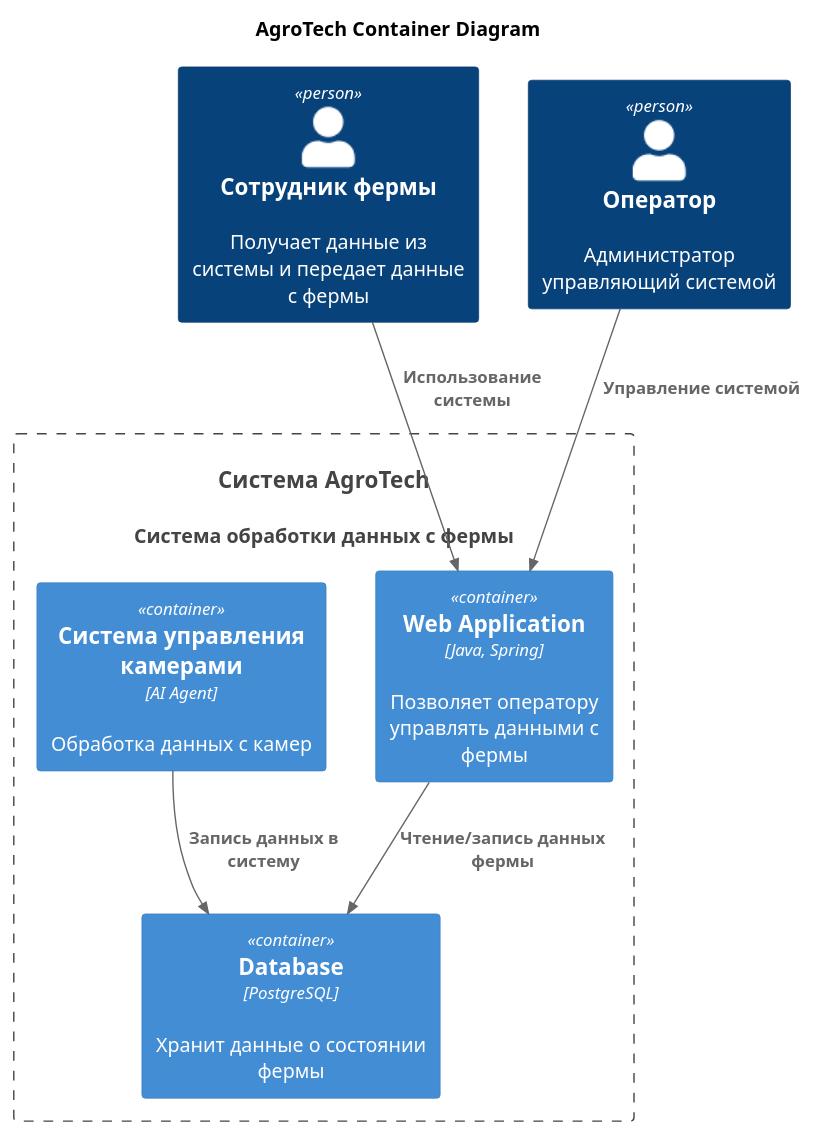
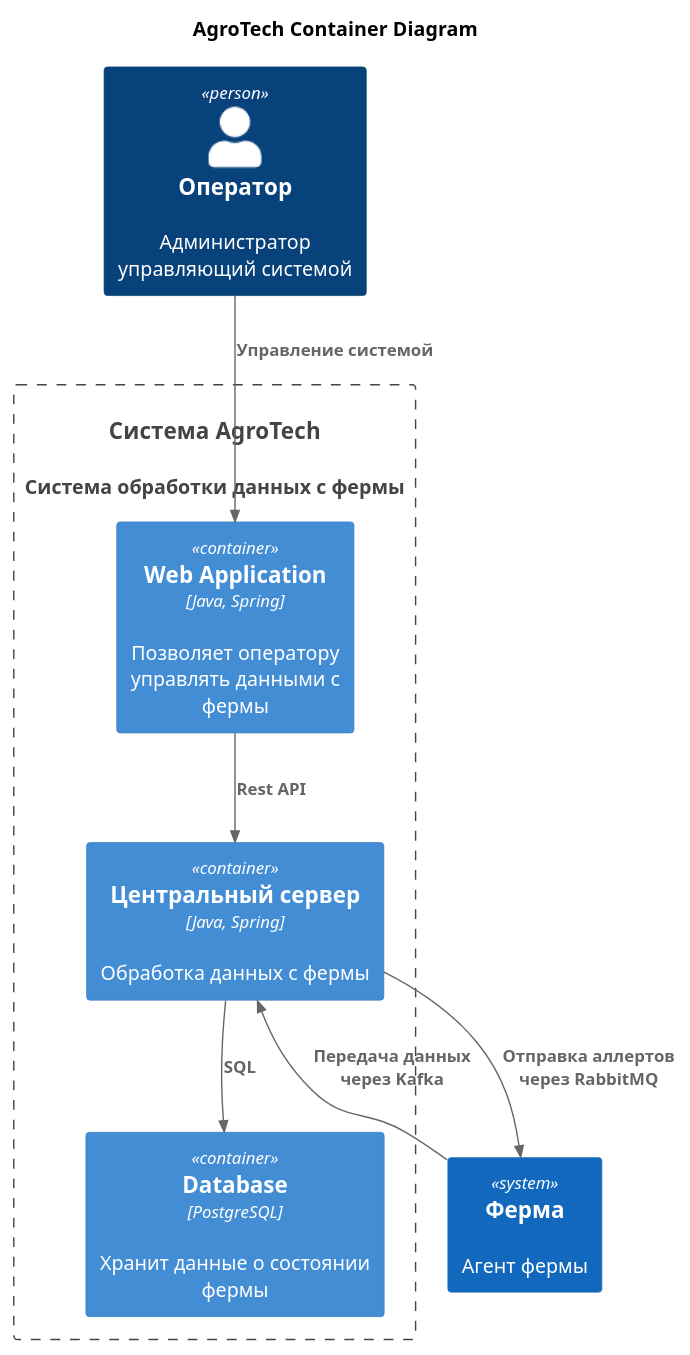
One commit to ChechelevNF/MSA-AgroTech changed the diagram in Task2/ContainerV2.puml. Above: the diagram before and after it, drawn with PlantUML. The commit also changed 5 other files, not shown here.

Commit message:
изменил диаграмму компонентов

```diff
--- a/Task2/ContainerV2.puml
+++ b/Task2/ContainerV2.puml
@@ -1,24 +1,25 @@
 @startuml
 title AgroTech Container Diagram
 
 top to bottom direction
 
 !includeurl https://raw.githubusercontent.com/RicardoNiepel/C4-PlantUML/master/C4_Component.puml
 
-Person(rancher, "Сотрудник фермы", "Получает данные из системы и передает данные с фермы")
 Person(operator, "Оператор", "Администратор управляющий системой ")
 System(AgroTechSystem, "Система AgroTech", "Система обработки данных с фермы")
+System(Farm, "Ферма", "Агент фермы")
 
 Container_Boundary(AgroTechSystem, "Система AgroTech") {
   Container(WebApp, "Web Application", "Java, Spring", "Позволяет оператору управлять данными с фермы")
   Container(Database, "Database", "PostgreSQL", "Хранит данные о состоянии фермы")
-  Container(CameraSystem, "Система управления камерами", "AI Agent", "Обработка данных с камер")
+  Container(CentralServer, "Центральный сервер", "Java, Spring", "Обработка данных с фермы")
 }
 
-Rel(rancher, WebApp, "Использование системы")
-Rel(CameraSystem, Database, "Запись данных в систему")
 Rel(operator,WebApp,"Управление системой")
-Rel(WebApp, Database, "Чтение/запись данных фермы")
+Rel(WebApp, CentralServer, "Rest API")
+Rel(CentralServer, Database, "SQL")
+Rel(Farm, CentralServer, "Передача данных через Kafka")
+Rel(CentralServer, Farm, "Отправка аллертов через RabbitMQ")
 
 
 @enduml
```
